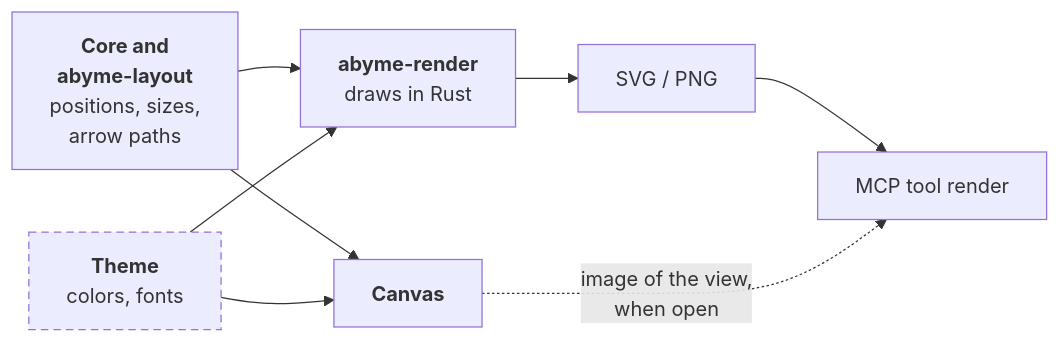
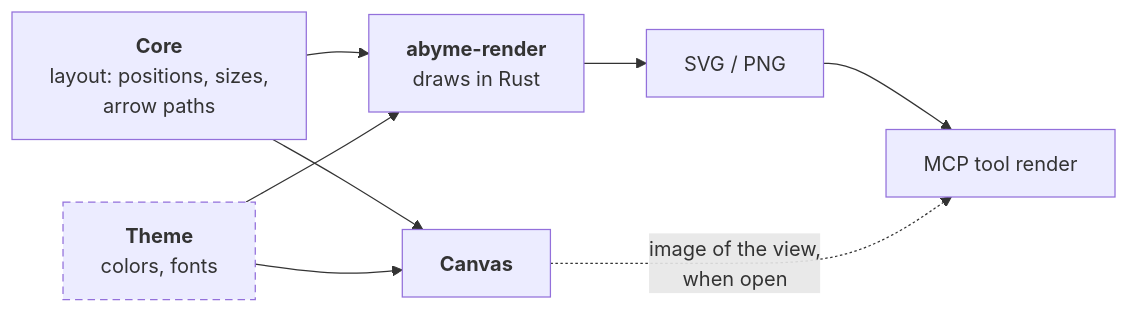
The diagram in docs/5 Architecture/Canvas.md (chdalski/abyme), drawn with Mermaid before and after one commit. The commit also changed other lines of this file and 13 other files, not shown here.

First line of the commit message:
docs(concept): record the architecture decisions for the Working Skeleton

````diff
--- a/docs/5 Architecture/Canvas.md
+++ b/docs/5 Architecture/Canvas.md
@@ -101,20 +106,20 @@
 ```mermaid
 flowchart LR
-    layout["<b>Core and<br>abyme-layout</b><br>positions, sizes,<br>arrow paths"]
+    layout["<b>Core</b><br>layout: positions, sizes,<br>arrow paths"]
     theme["<b>Theme</b><br>colors, fonts"]
     canvas["<b>Canvas</b>"]
     render["<b>abyme-render</b><br>draws in Rust"]
     png["SVG / PNG"]
     mcp["MCP tool render"]
 
     layout --> canvas
     layout --> render
     theme --> canvas
     theme --> render
     render --> png
     png --> mcp
     canvas -.->|"image of the view,<br>when open"| mcp
 
     classDef proposal stroke-dasharray: 6 4
     class theme proposal
 ```
````
